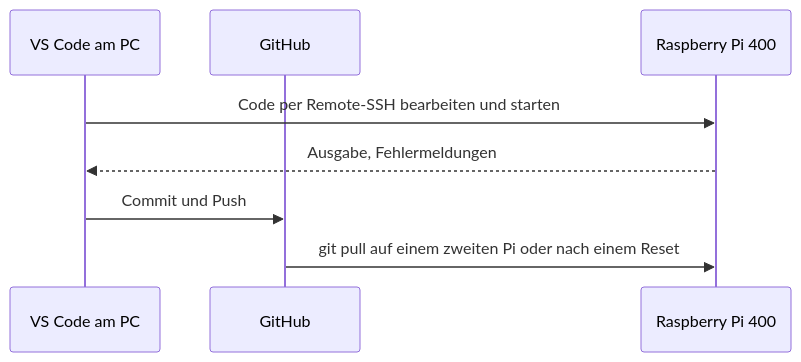
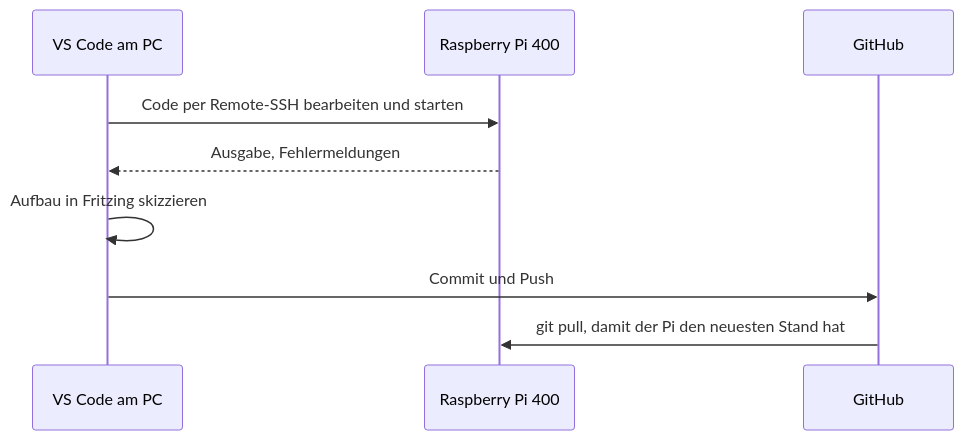
One commit to philmay1/lf07-cyber-physische-systeme changed the fourth of 4 diagrams in README.de.md. Above: the diagram before and after it, drawn with Mermaid. The commit also changed other lines of this file and 9 other files, not shown here.

````diff
--- a/README.de.md
+++ b/README.de.md
@@ -278,10 +265,11 @@
 ```mermaid
 sequenceDiagram
     participant PC as VS Code am PC
+    participant Pi as Raspberry Pi 400
     participant GH as GitHub
-    participant Pi as Raspberry Pi 400
     PC->>Pi: Code per Remote-SSH bearbeiten und starten
     Pi-->>PC: Ausgabe, Fehlermeldungen
+    PC->>PC: Aufbau in Fritzing skizzieren
     PC->>GH: Commit und Push
-    GH->>Pi: git pull auf einem zweiten Pi oder nach einem Reset
+    GH->>Pi: git pull, damit der Pi den neuesten Stand hat
 ```
````
